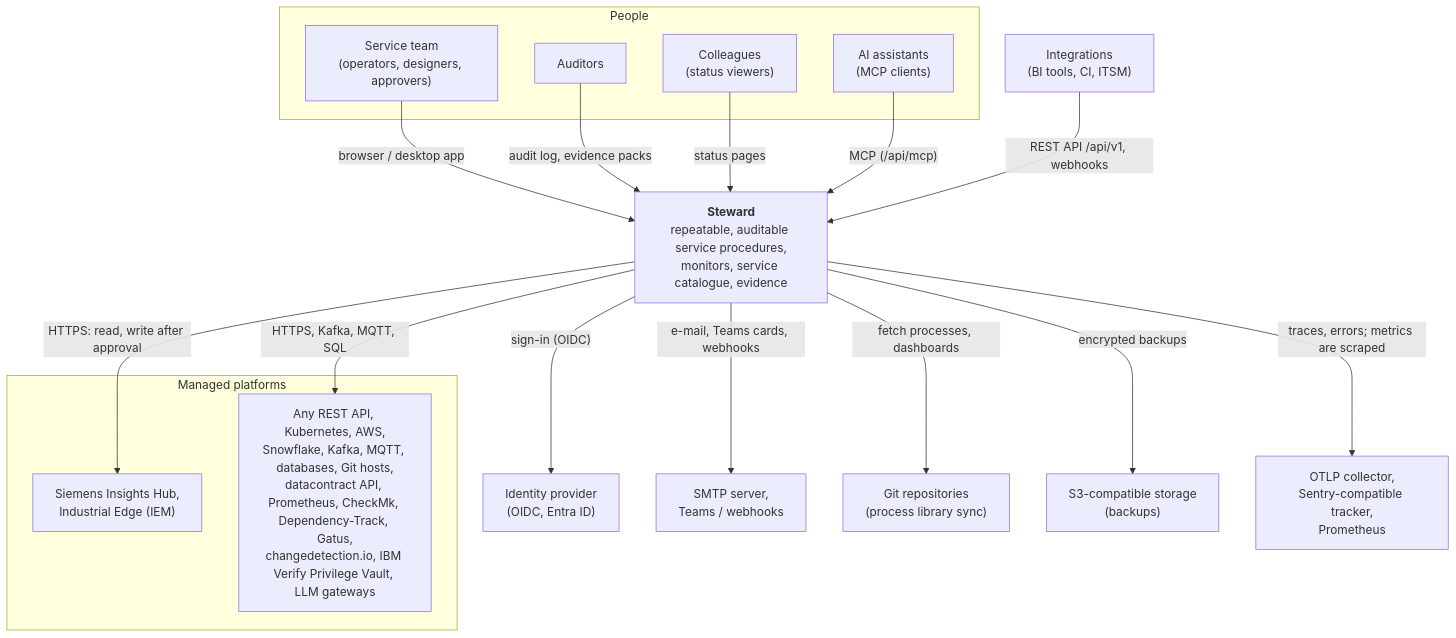
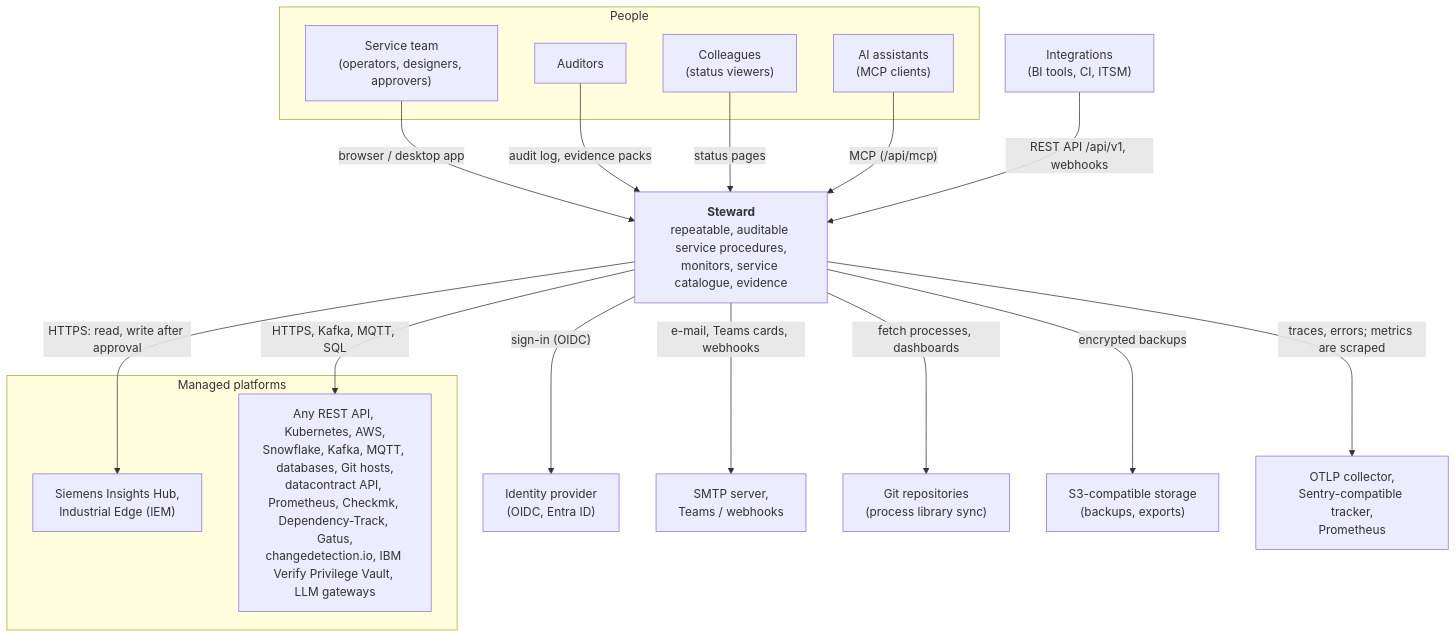
The first of 3 diagrams in docs/ARCHITECTURE.md (vxrz/Steward), drawn with Mermaid before and after one commit. The commit also changed other lines of this file and 296 other files, not shown here.

````diff
--- a/docs/ARCHITECTURE.md
+++ b/docs/ARCHITECTURE.md
@@ -9,36 +9,36 @@
 ```mermaid
 flowchart TB
   subgraph people [People]
     ops["Service team<br/>(operators, designers, approvers)"]
     aud["Auditors"]
     viewers["Colleagues<br/>(status viewers)"]
     ai["AI assistants<br/>(MCP clients)"]
   end
 
   steward["<b>Steward</b><br/>repeatable, auditable service procedures,<br/>monitors, service catalogue, evidence"]
 
   subgraph platforms [Managed platforms]
     ih["Siemens Insights Hub,<br/>Industrial Edge (IEM)"]
-    rest["Any REST API, Kubernetes, AWS,<br/>Snowflake, Kafka, MQTT, databases, Git hosts,<br/>datacontract API, Prometheus, CheckMk, Dependency-Track, Gatus,<br/>changedetection.io, IBM Verify Privilege Vault, LLM gateways"]
+    rest["Any REST API, Kubernetes, AWS,<br/>Snowflake, Kafka, MQTT, databases, Git hosts,<br/>datacontract API, Prometheus, Checkmk, Dependency-Track, Gatus,<br/>changedetection.io, IBM Verify Privilege Vault, LLM gateways"]
   end
 
   idp["Identity provider<br/>(OIDC, Entra ID)"]
   mail["SMTP server,<br/>Teams / webhooks"]
   git["Git repositories<br/>(process library sync)"]
-  s3["S3-compatible storage<br/>(backups)"]
+  s3["S3-compatible storage<br/>(backups, exports)"]
   obs["OTLP collector,<br/>Sentry-compatible tracker,<br/>Prometheus"]
   int["Integrations<br/>(BI tools, CI, ITSM)"]
 
   ops -->|"browser / desktop app"| steward
   aud -->|"audit log, evidence packs"| steward
   viewers -->|"status pages"| steward
   ai -->|"MCP (/api/mcp)"| steward
   int -->|"REST API /api/v1, webhooks"| steward
   steward -->|"HTTPS: read, write after approval"| ih
   steward -->|"HTTPS, Kafka, MQTT, SQL"| rest
   steward -->|"sign-in (OIDC)"| idp
   steward -->|"e-mail, Teams cards, webhooks"| mail
   steward -->|"fetch processes, dashboards"| git
   steward -->|"encrypted backups"| s3
   steward -->|"traces, errors; metrics are scraped"| obs
 ```
````
